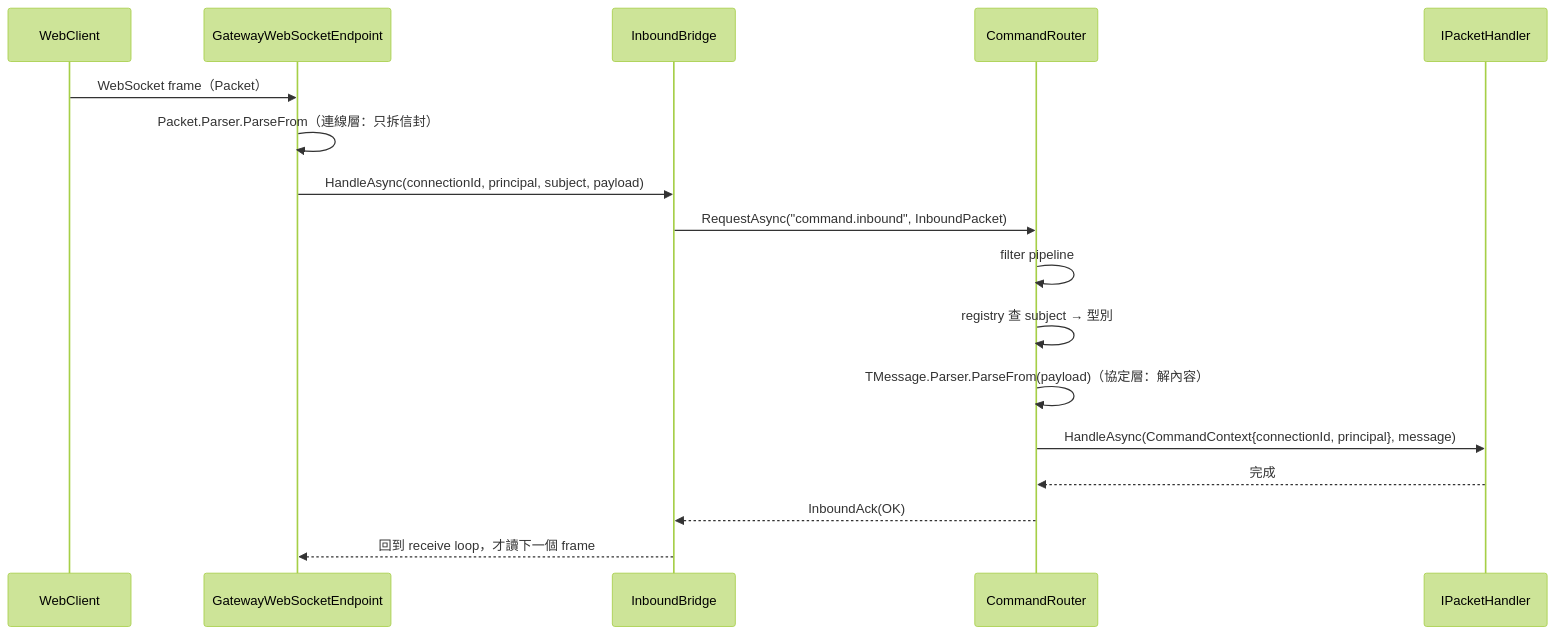
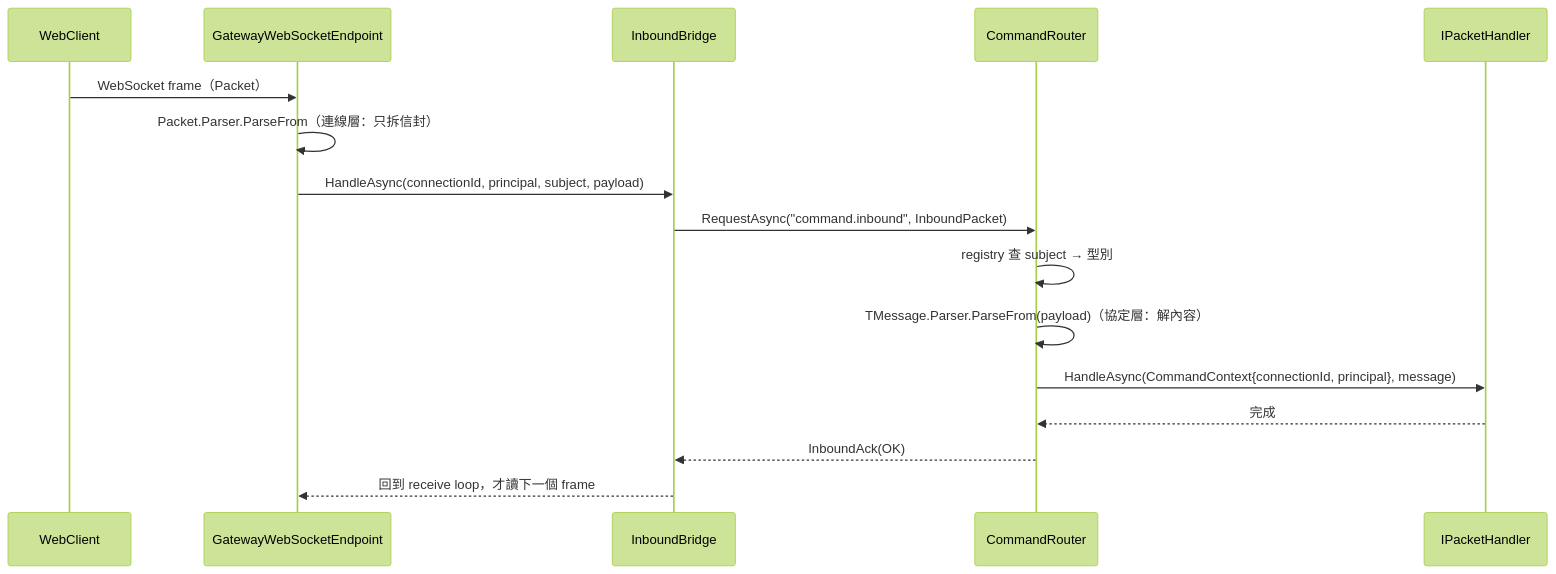
The second of 3 diagrams in docs/architecture/protocol-layer.md (yggdrasill-dev/ChatSystem), drawn with Mermaid (forest theme) before and after one commit. The commit also changed other lines of this file and 8 other files, not shown here.

````diff
--- a/docs/architecture/protocol-layer.md
+++ b/docs/architecture/protocol-layer.md
@@ -95,20 +92,19 @@
 ```mermaid
 sequenceDiagram
     participant WC as WebClient
     participant WS as GatewayWebSocketEndpoint
     participant IB as InboundBridge
     participant RT as CommandRouter
     participant H as IPacketHandler
 
     WC->>WS: WebSocket frame（Packet）
     WS->>WS: Packet.Parser.ParseFrom（連線層：只拆信封）
     WS->>IB: HandleAsync(connectionId, principal, subject, payload)
     IB->>RT: RequestAsync("command.inbound", InboundPacket)
-    RT->>RT: filter pipeline
     RT->>RT: registry 查 subject → 型別
     RT->>RT: TMessage.Parser.ParseFrom(payload)（協定層：解內容）
     RT->>H: HandleAsync(CommandContext{connectionId, principal}, message)
     H-->>RT: 完成
     RT-->>IB: InboundAck(OK)
     IB-->>WS: 回到 receive loop，才讀下一個 frame
 ```
````
